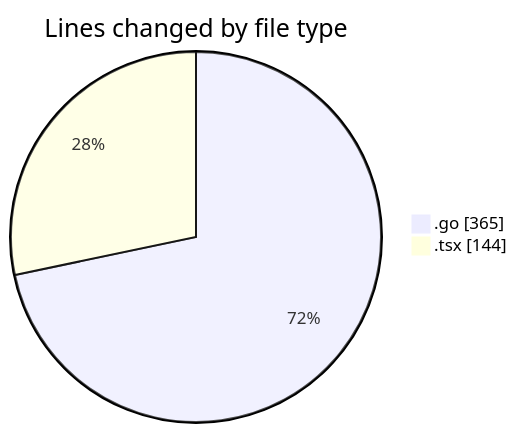
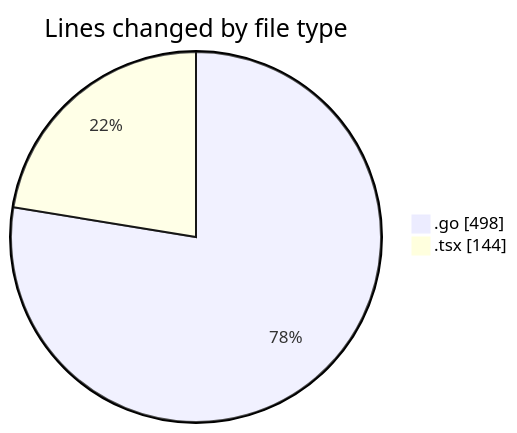
Before and after one commit to robertbonfada/code-tracking: the first of 2 diagrams in 2025-03-01/termonied_testador/README.md, drawn with Mermaid. The commit also changed other lines of this file and 1 other file, not shown here.

````diff
--- a/2025-03-01/termonied_testador/README.md
+++ b/2025-03-01/termonied_testador/README.md
@@ -26,6 +26,6 @@
 ```mermaid
 pie showData
 title Lines changed by file type
-".go" : 365
+".go" : 498
 ".tsx" : 144
 ```
````
